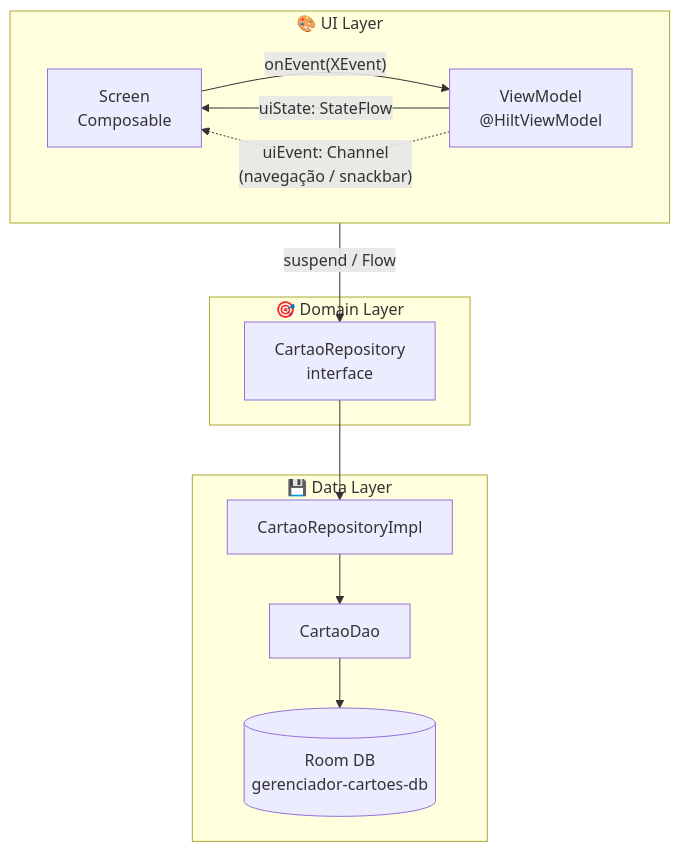
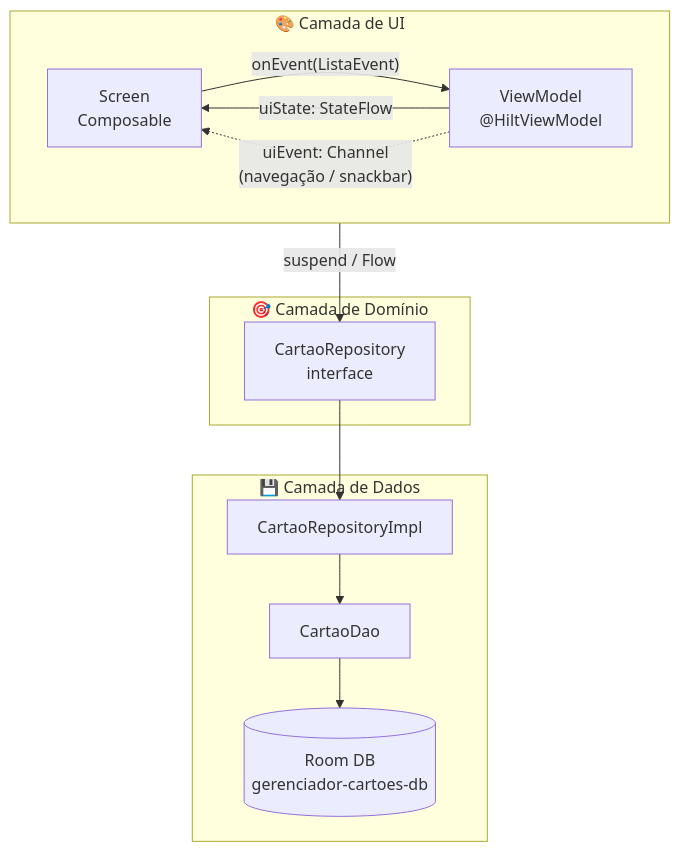
Before and after one commit to fsales/capgemini-proway-projeto-final: the second of 5 diagrams in README.md, drawn with Mermaid. The commit also changed other lines of this file and 23 other files, not shown here.

````diff
--- a/README.md
+++ b/README.md
@@ -101,25 +268,25 @@
 ```mermaid
 flowchart TD
-    subgraph UI["🎨 UI Layer"]
+    subgraph UI["🎨 Camada de UI"]
         direction LR
         Screen["Screen\nComposable"]
         VM["ViewModel\n@HiltViewModel"]
-        Screen -->|"onEvent(XEvent)"| VM
+        Screen -->|"onEvent(ListaEvent)"| VM
         VM -->|"uiState: StateFlow"| Screen
         VM -.->|"uiEvent: Channel\n(navegação / snackbar)"| Screen
     end
 
-    subgraph Domain["🎯 Domain Layer"]
+    subgraph Domain["🎯 Camada de Domínio"]
         Repo["CartaoRepository\ninterface"]
     end
 
-    subgraph Data["💾 Data Layer"]
+    subgraph Data["💾 Camada de Dados"]
         RepoImpl["CartaoRepositoryImpl"]
         DAO["CartaoDao"]
         DB[("Room DB\ngerenciador-cartoes-db")]
         RepoImpl --> DAO --> DB
     end
 
     VM -->|"suspend / Flow"| Repo
     Repo --> RepoImpl
 ```
````
